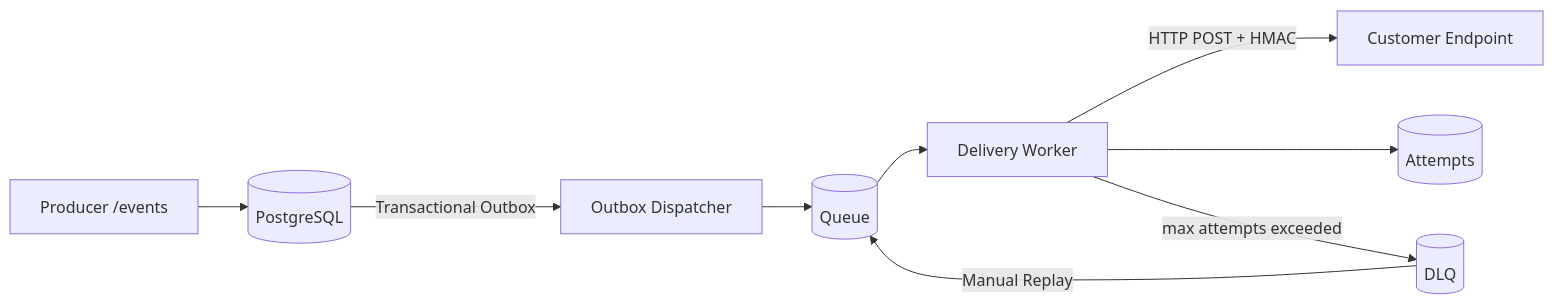
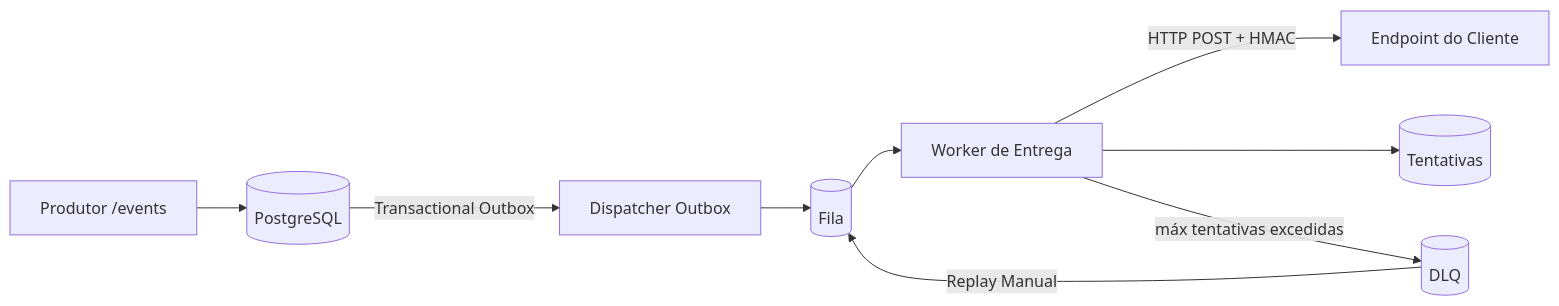
The diagram in README.md (FilipiWanderley/-Plataforma-de-entrega-de-webhooks), drawn with Mermaid before and after one commit. The commit also changed other lines of this file, not shown here.

````diff
--- a/README.md
+++ b/README.md
@@ -62,11 +62,11 @@
 ```mermaid
 flowchart LR
-  P[Producer /events] --> DB[(PostgreSQL)]
-  DB -->|Transactional Outbox| D[Outbox Dispatcher]
-  D --> Q[(Queue)]
-  Q --> W[Delivery Worker]
-  W -->|HTTP POST + HMAC| C[Customer Endpoint]
-  W --> A[(Attempts)]
-  W -->|max attempts exceeded| L[(DLQ)]
-  L -->|Manual Replay| Q
+  P[Produtor /events] --> DB[(PostgreSQL)]
+  DB -->|Transactional Outbox| D[Dispatcher Outbox]
+  D --> Q[(Fila)]
+  Q --> W[Worker de Entrega]
+  W -->|HTTP POST + HMAC| C[Endpoint do Cliente]
+  W --> A[(Tentativas)]
+  W -->|máx tentativas excedidas| L[(DLQ)]
+  L -->|Replay Manual| Q
 ```
````
